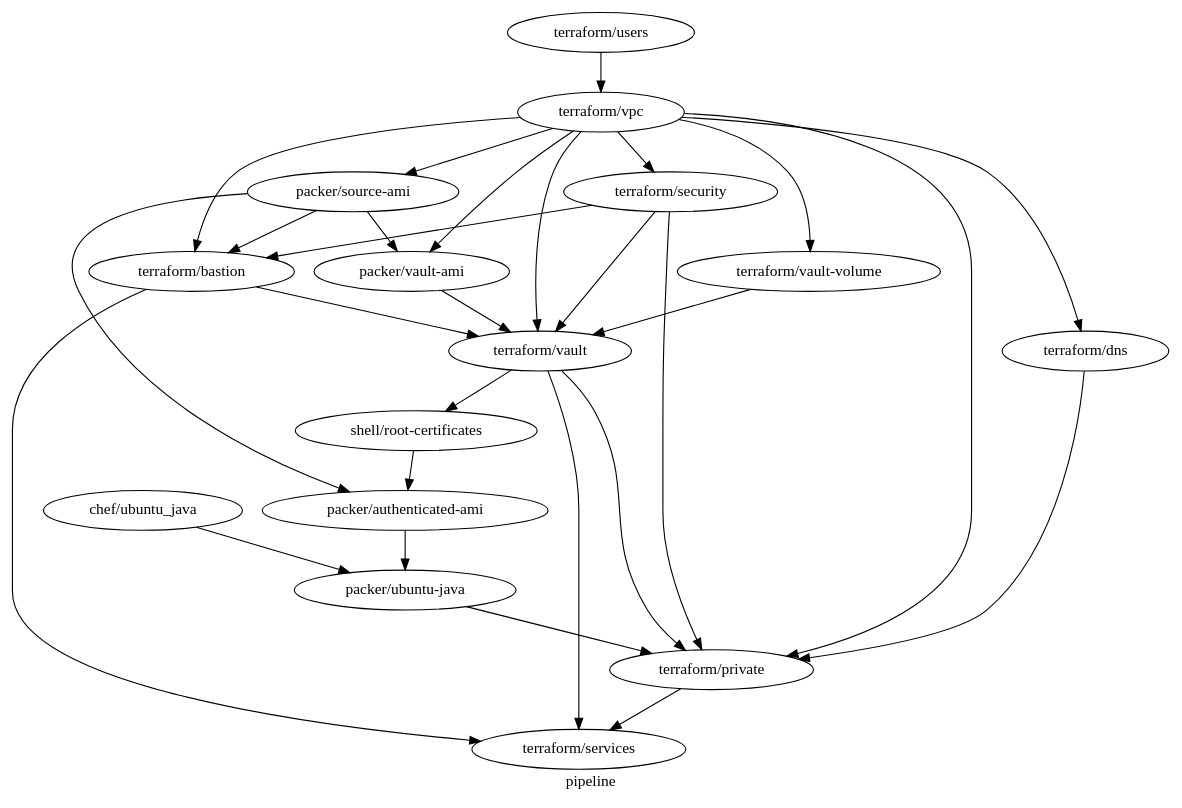
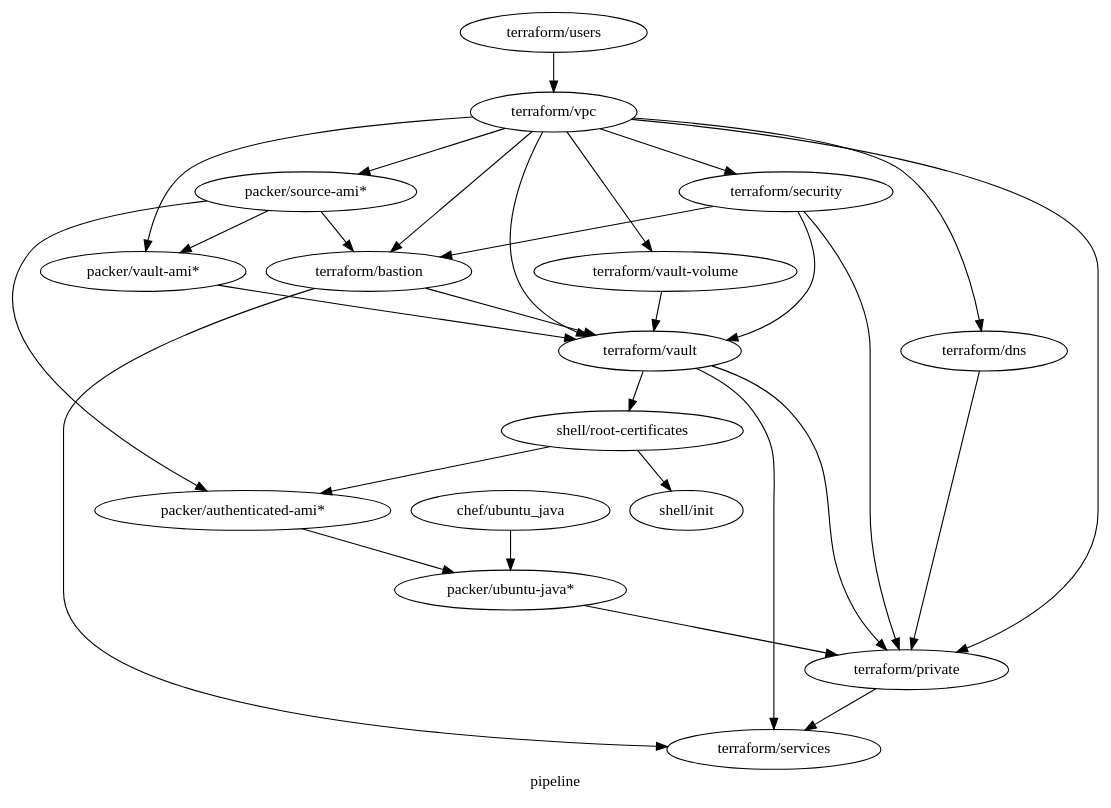
Before and after one commit to samsquire/mazzle-starter: the diagram in architecture.dot, drawn with Graphviz. The commit also changed other lines of this file, not shown here.

Commit message:
make amis manual

```diff
--- a/architecture.dot
+++ b/architecture.dot
@@ -1,74 +1,78 @@
 digraph G {
   label="pipeline";
 
 /* List your components */  
 "chef/ubuntu_java";
-"packer/source-ami";
-"packer/ubuntu-java";
+"packer/source-ami*";
+"packer/ubuntu-java*";
 "terraform/vpc";
 "terraform/users";
 "terraform/bastion";
  "terraform/private"; 
 /* "terraform/repository"; */
 /* "terraform/repository-volume"; */
-"packer/vault-ami";
+"packer/vault-ami*";
 "terraform/vault";
 "terraform/security";
 "terraform/services";
 "terraform/dns";
 "shell/root-certificates";
-"packer/authenticated-ami";
+"packer/authenticated-ami*";
 
 /* List dependencies */
-"packer/source-ami" -> "terraform/bastion";
+"packer/source-ami*" -> "terraform/bastion";
 
 /* "terraform/vpc" -> "terraform/repository"; */
 /* "terraform/dns" -> "terraform/repository"; */
 /* "terraform/security" -> "terraform/repository"; */
 /* "terraform/repository" -> "packer/source-ami"; */
 
 "terraform/vpc" -> "terraform/dns";
  "terraform/vault" -> "terraform/private";
 /* "terraform/vpc" -> "terraform/repository-volume"; */
 /* "terraform/repository-volume" -> "terraform/repository"; */
 
 "terraform/vault" -> "terraform/services";
 "terraform/bastion" -> "terraform/services";
 "terraform/private" -> "terraform/services";
 
 "terraform/vpc" -> "terraform/vault-volume";
-"terraform/vpc" -> "packer/source-ami";
+"terraform/vpc" -> "packer/source-ami*";
 
-"terraform/vpc" -> "packer/vault-ami";
-"packer/vault-ami" -> "terraform/vault";
+"terraform/vpc" -> "packer/vault-ami*";
+"packer/vault-ami*" -> "terraform/vault";
 
 "terraform/vault-volume" -> "terraform/vault";
 
-"packer/source-ami" -> "packer/vault-ami";
+"packer/source-ami*" -> "packer/vault-ami*";
 
  "terraform/dns" -> "terraform/private";
 
 "terraform/security" -> "terraform/vault"
 "terraform/vpc" -> "terraform/vault";
 
 "terraform/security" -> "terraform/bastion";
  "terraform/security" -> "terraform/private"; 
 "terraform/vpc" -> "terraform/security";
 
-"chef/ubuntu_java" -> "packer/ubuntu-java";
+"chef/ubuntu_java" -> "packer/ubuntu-java*";
 "terraform/users" -> "terraform/vpc"
 
 "terraform/vpc" ->"terraform/private";
 
 "terraform/vpc" -> "terraform/bastion";
 "terraform/vault" -> "shell/root-certificates";
 "terraform/bastion" -> "terraform/vault";
 
-"shell/root-certificates" -> "packer/authenticated-ami";
+"shell/root-certificates" -> "packer/authenticated-ami*";
 
-"packer/ubuntu-java" -> "terraform/private";
+"packer/ubuntu-java*" -> "terraform/private";
 
-"packer/source-ami" -> "packer/authenticated-ami";
-"packer/authenticated-ami" -> "packer/ubuntu-java";
+"packer/source-ami*" -> "packer/authenticated-ami*";
+"packer/authenticated-ami*" -> "packer/ubuntu-java*";
+
+"shell/root-certificates" -> "shell/init";
+
+/* "shell/init" -> "shell/test"; */
 
 }
```
